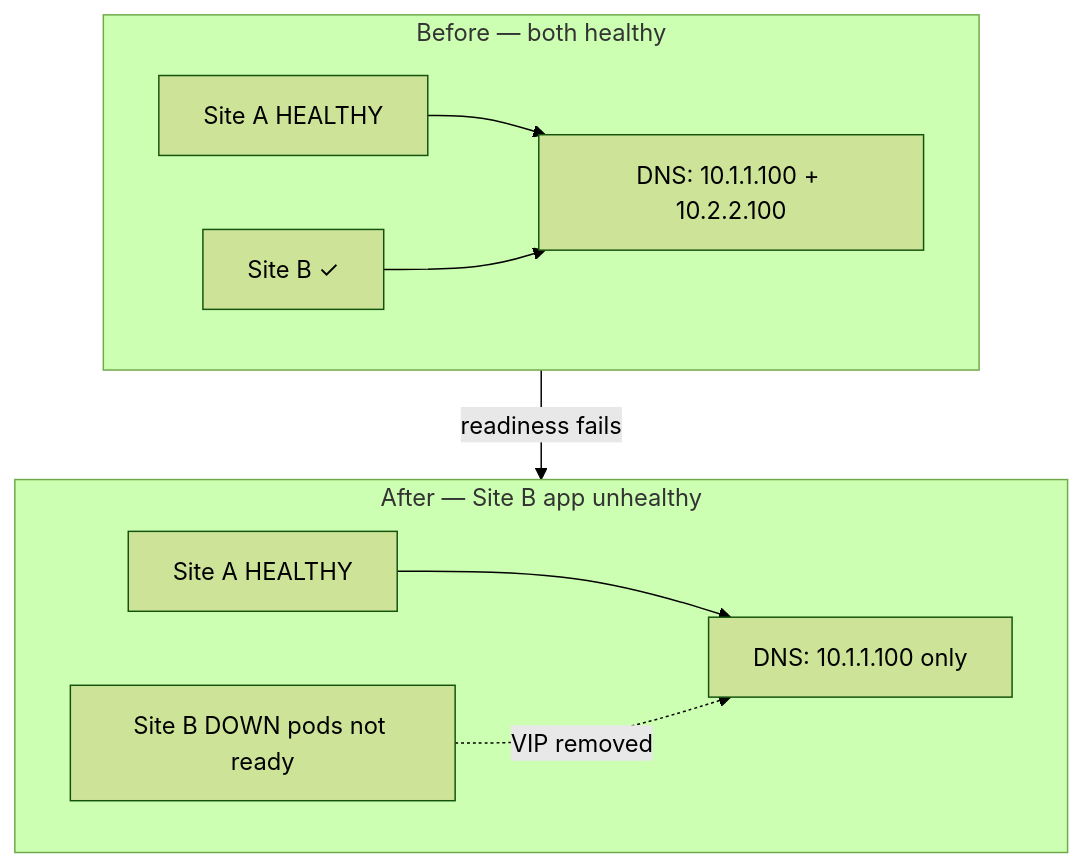
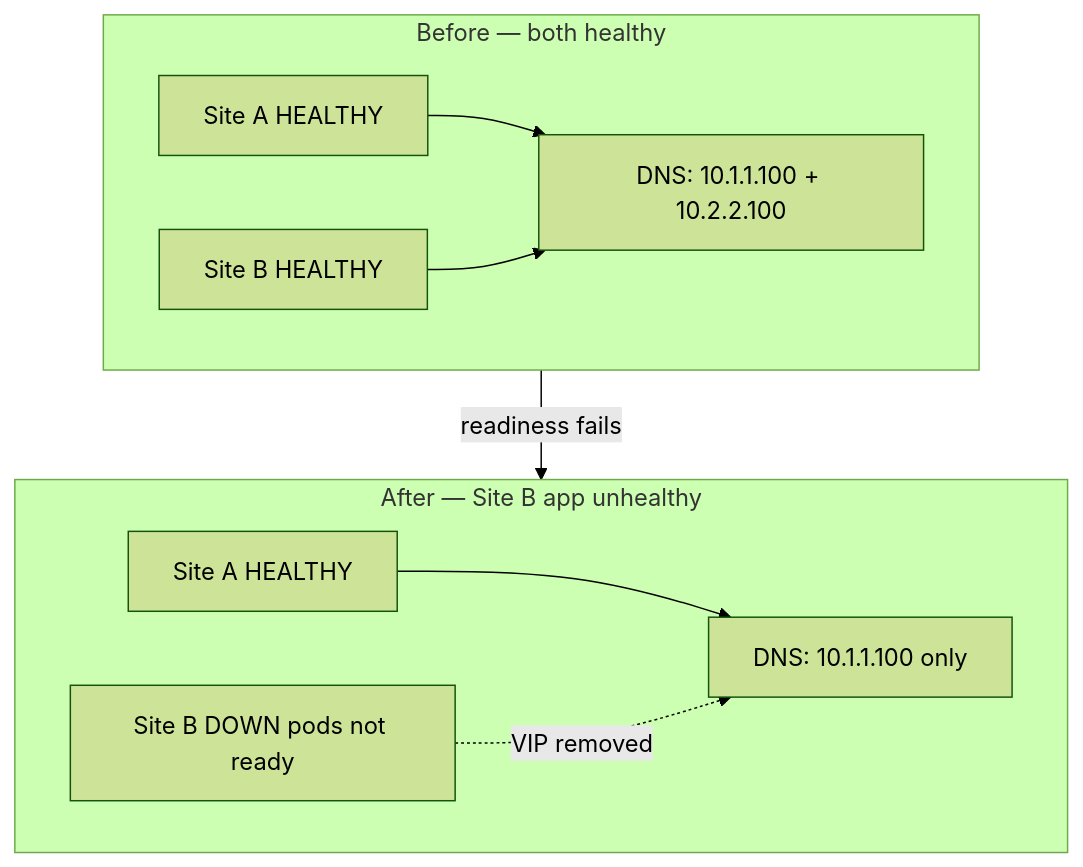
One commit to yajuvendrarawat/GLB-for-multisite-Openshift changed the sixth of 11 diagrams in global-load-balancing-k8gb-openshift.md. Above: the diagram before and after it, drawn with Mermaid (forest theme).

Commit message:
Update global-load-balancing-k8gb-openshift.md
fixed

````diff
--- a/global-load-balancing-k8gb-openshift.md
+++ b/global-load-balancing-k8gb-openshift.md
@@ -255,20 +255,20 @@
 ```mermaid
 flowchart TB
   subgraph Before["Before — both healthy"]
     BA[Site A HEALTHY] 
-    BB[Site B ✓]
+    BB[Site B HEALTHY]
     DNS1["DNS: 10.1.1.100 + 10.2.2.100"]
     BA --> DNS1
     BB --> DNS1
   end
 
   subgraph After["After — Site B app unhealthy"]
     AA[Site A HEALTHY]
     AB[Site B DOWN pods not ready]
     DNS2["DNS: 10.1.1.100 only"]
     AA --> DNS2
     AB -.->|VIP removed| DNS2
   end
 
   Before -->|readiness fails| After
 ```
````
